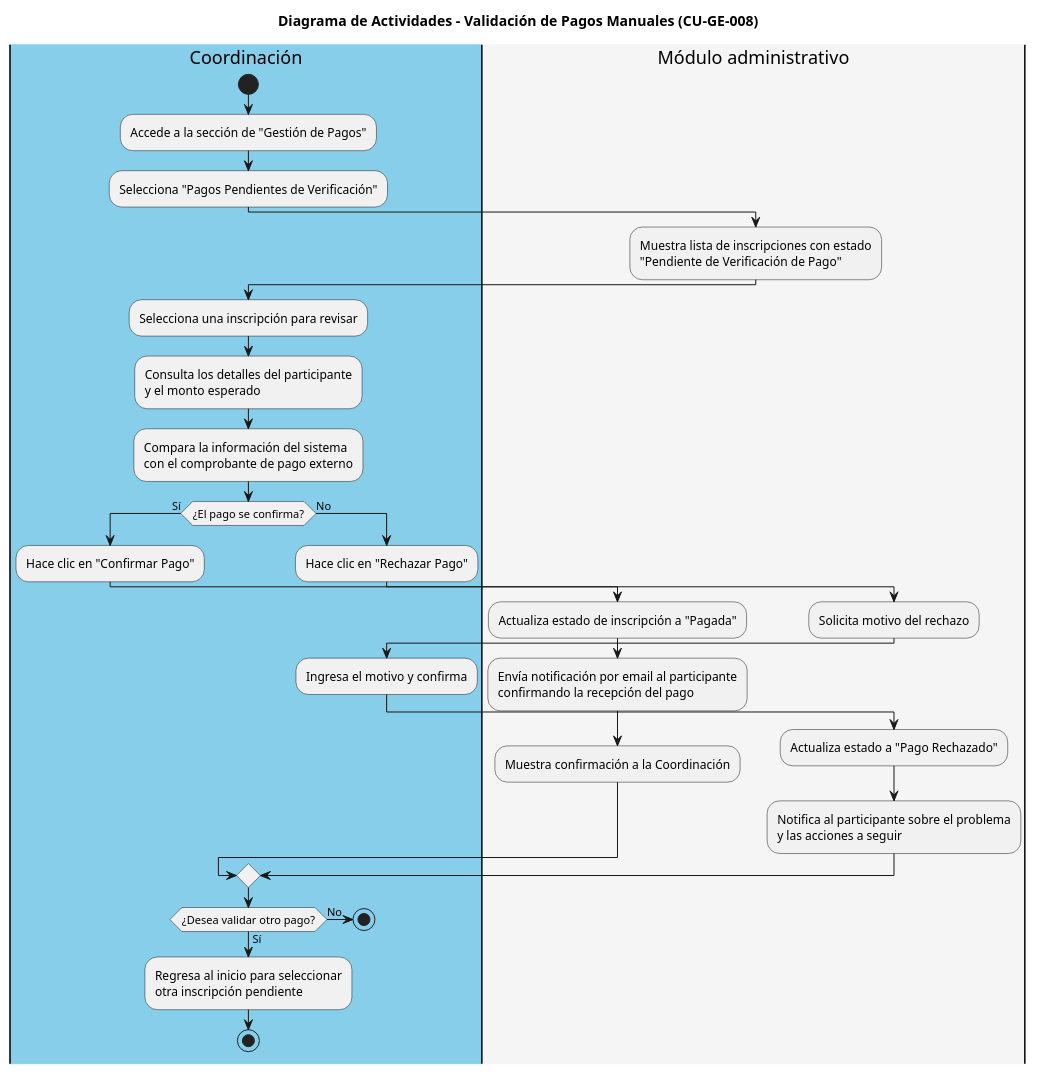
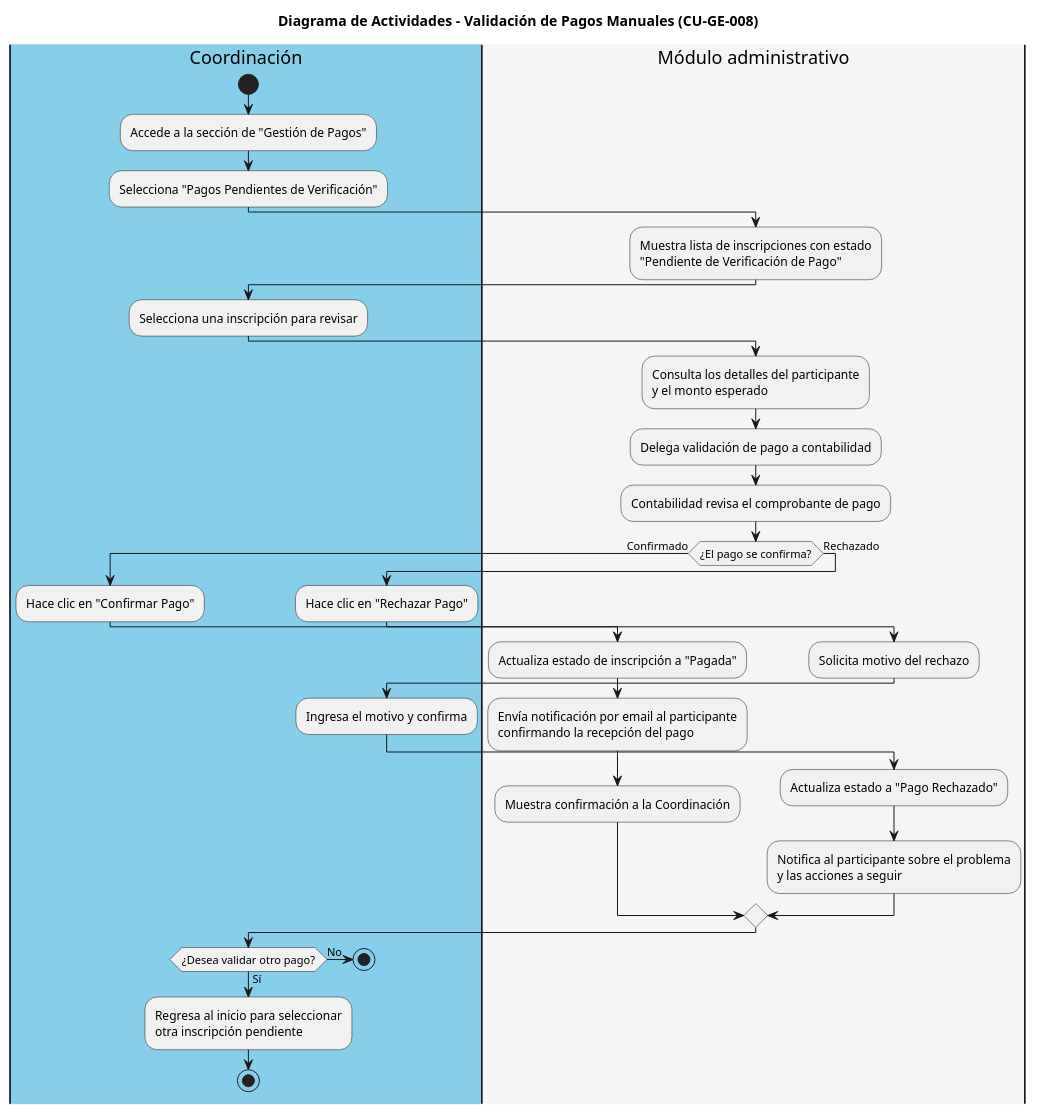
The diagram in code/CU-GE-008_Validacion_Pagos.puml (iKinoo/baby-salesforce-admin-module), drawn with PlantUML before and after one commit. The commit also changed 17 other files, not shown here.

```diff
--- a/code/CU-GE-008_Validacion_Pagos.puml
+++ b/code/CU-GE-008_Validacion_Pagos.puml
@@ -1,49 +1,51 @@
 @startuml
 title Diagrama de Actividades - Validación de Pagos Manuales (CU-GE-008)
 
 |#skyblue|Coordinación|
 start
 :Accede a la sección de "Gestión de Pagos";
 :Selecciona "Pagos Pendientes de Verificación";
 
 |#whitesmoke|Módulo administrativo|
 :Muestra lista de inscripciones con estado
 "Pendiente de Verificación de Pago";
 
 |#skyblue|Coordinación|
 :Selecciona una inscripción para revisar;
+
+|#whitesmoke|Módulo administrativo|
 :Consulta los detalles del participante
 y el monto esperado;
-:Compara la información del sistema
-con el comprobante de pago externo;
+:Delega validación de pago a contabilidad;
+:Contabilidad revisa el comprobante de pago;
 
-if (¿El pago se confirma?) then (Sí)
+if (¿El pago se confirma?) then (Confirmado)
   |#skyblue|Coordinación|
   :Hace clic en "Confirmar Pago";
   |#whitesmoke|Módulo administrativo|
   :Actualiza estado de inscripción a "Pagada";
   :Envía notificación por email al participante
   confirmando la recepción del pago;
   :Muestra confirmación a la Coordinación;
-else (No)
+else (Rechazado)
   |#skyblue|Coordinación|
   :Hace clic en "Rechazar Pago";
   |#whitesmoke|Módulo administrativo|
   :Solicita motivo del rechazo;
   |#skyblue|Coordinación|
   :Ingresa el motivo y confirma;
   |#whitesmoke|Módulo administrativo|
   :Actualiza estado a "Pago Rechazado";
   :Notifica al participante sobre el problema
   y las acciones a seguir;
 endif
 
 |#skyblue|Coordinación|
 if (¿Desea validar otro pago?) then (Sí)
   :Regresa al inicio para seleccionar
   otra inscripción pendiente;
   stop
 else (No)
   stop
 endif
 @enduml
```
